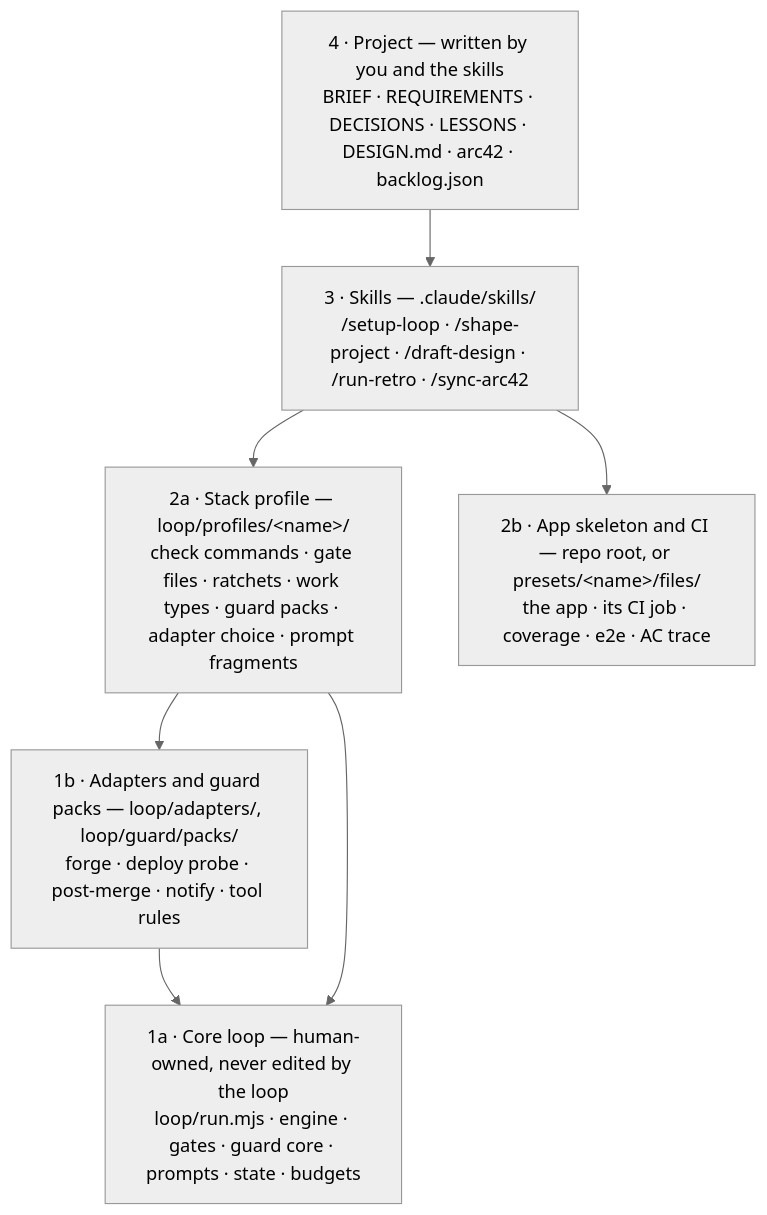
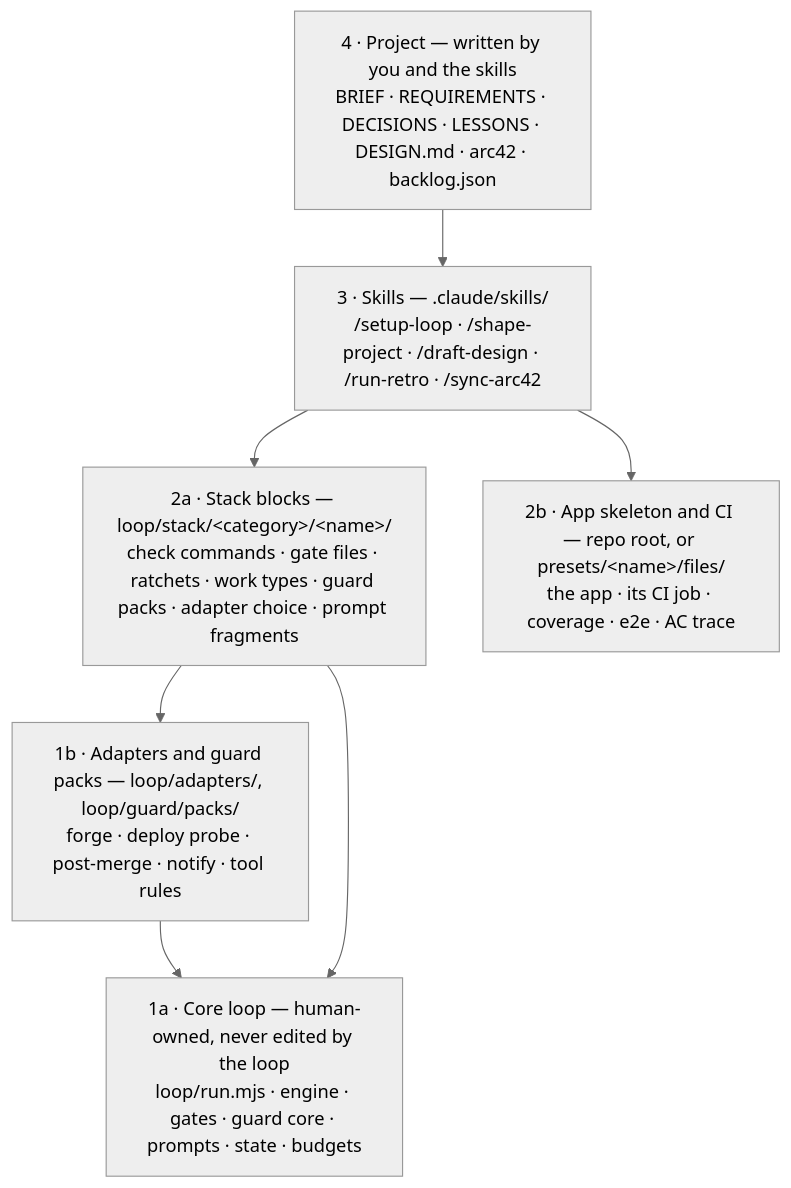
Before and after one commit to yungxramoz/real-gates: the second of 2 diagrams in README.md, drawn with Mermaid (neutral theme). The commit also changed other lines of this file and 72 other files, not shown here.

First line of the commit message:
feat(loop): a stack is a list of blocks, and the two profiles are cut into them

````diff
--- a/README.md
+++ b/README.md
@@ -102,12 +103,12 @@
 ```mermaid
 flowchart TB
   L4["4 · Project — written by you and the skills<br/>BRIEF · REQUIREMENTS · DECISIONS · LESSONS · DESIGN.md · arc42 · backlog.json"]
   L3["3 · Skills — .claude/skills/<br/>/setup-loop · /shape-project · /draft-design · /run-retro · /sync-arc42"]
-  L2a["2a · Stack profile — loop/profiles/&lt;name&gt;/<br/>check commands · gate files · ratchets · work types · guard packs · adapter choice · prompt fragments"]
+  L2a["2a · Stack blocks — loop/stack/&lt;category&gt;/&lt;name&gt;/<br/>check commands · gate files · ratchets · work types · guard packs · adapter choice · prompt fragments"]
   L2b["2b · App skeleton and CI — repo root, or presets/&lt;name&gt;/files/<br/>the app · its CI job · coverage · e2e · AC trace"]
   L1b["1b · Adapters and guard packs — loop/adapters/, loop/guard/packs/<br/>forge · deploy probe · post-merge · notify · tool rules"]
   L1["1a · Core loop — human-owned, never edited by the loop<br/>loop/run.mjs · engine · gates · guard core · prompts · state · budgets"]
   L4 --> L3 --> L2a --> L1b --> L1
   L3 --> L2b
   L2a --> L1
 ```
````
